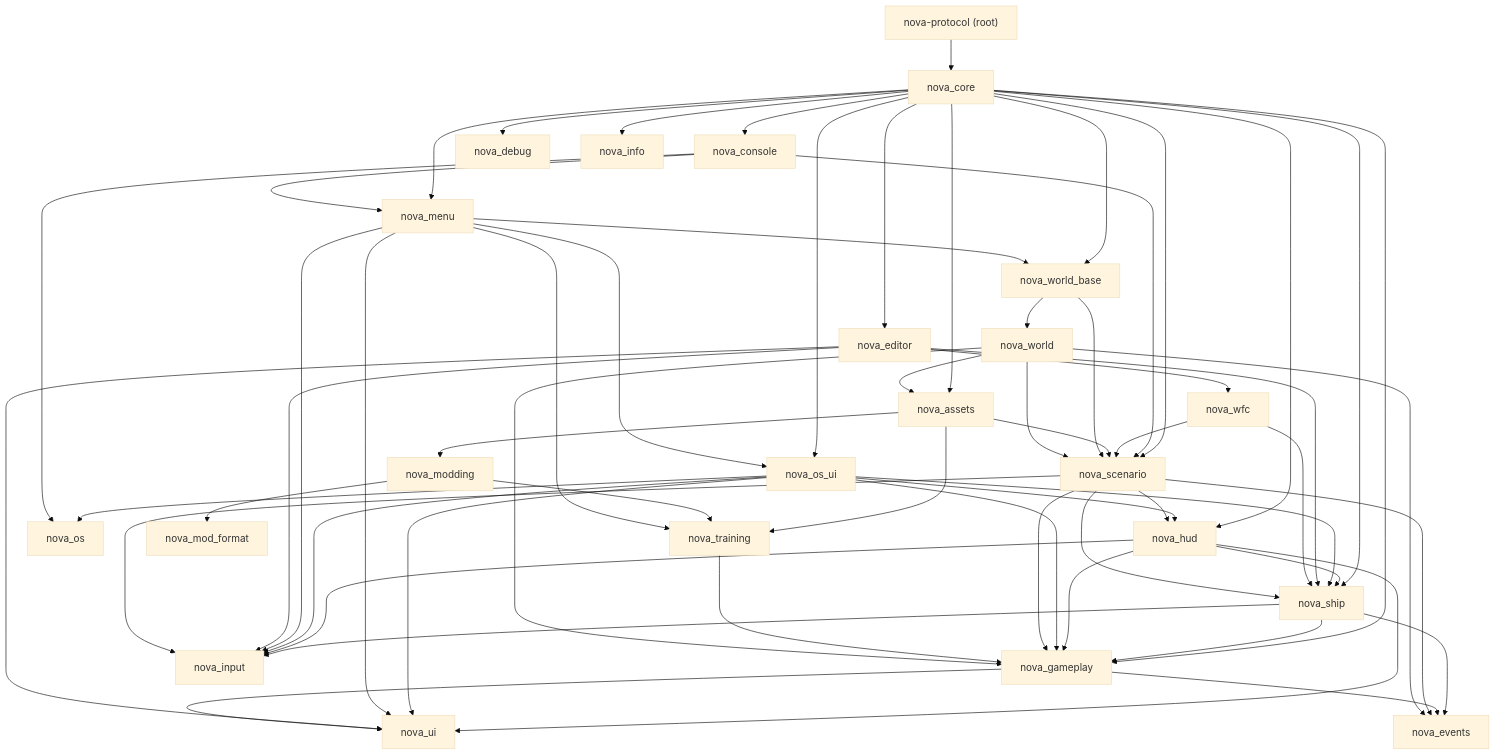
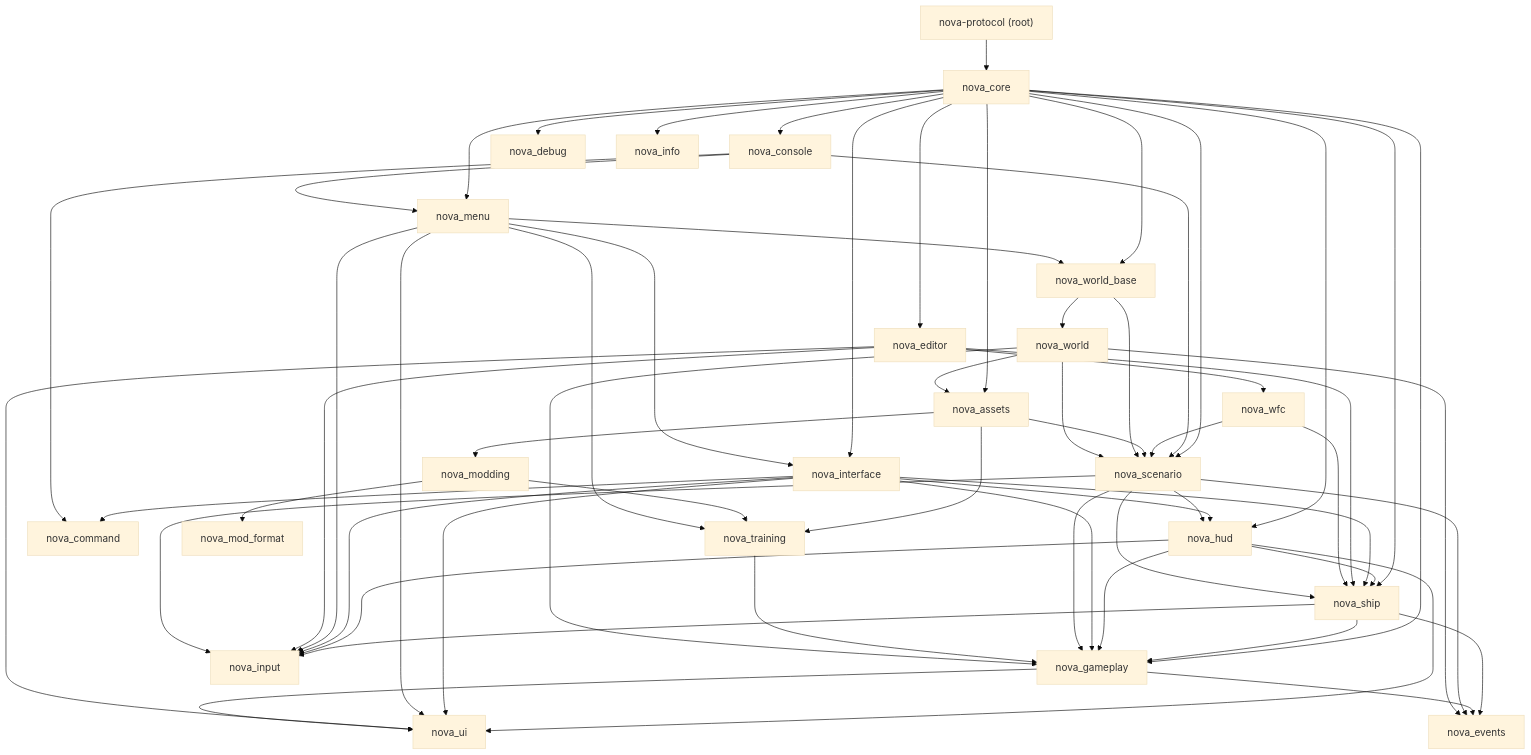
One commit to alexjercan/nova-protocol changed the first of 3 diagrams in docs/architecture.md. Above: the diagram before and after it, drawn with Mermaid (base theme). The commit also changed other lines of this file and 245 other files, not shown here.

First line of the commit message:
Replace TAB NOVA OS with the themed interface and a command-only CRT

````diff
--- a/docs/architecture.md
+++ b/docs/architecture.md
@@ -48,62 +48,62 @@
 ```mermaid
 graph TD
     root["nova-protocol (root)"] --> core["nova_core"]
     core --> menu["nova_menu"]
     core --> editor["nova_editor"]
     core --> gameplay["nova_gameplay"]
     core --> ship["nova_ship"]
     core --> hud["nova_hud"]
-    core --> osui["nova_os_ui"]
+    core --> iface["nova_interface"]
     core --> console["nova_console"]
     core --> scenario["nova_scenario"]
     core --> assets["nova_assets"]
     ship --> gameplay
     ship --> events["nova_events"]
     hud --> ship
     hud --> gameplay
     hud --> ui["nova_ui"]
-    osui --> hud
-    osui --> ship
-    osui --> gameplay
-    osui --> os["nova_os"]
-    osui --> ui
-    menu --> osui
+    iface --> hud
+    iface --> ship
+    iface --> gameplay
+    iface --> cmd["nova_command"]
+    iface --> ui
+    menu --> iface
     console --> menu
-    console --> os
+    console --> cmd
     console --> scenario
     menu --> ui
     editor --> ship
     editor --> ui
     editor --> wfc["nova_wfc"]
     wfc --> ship
     wfc --> scenario
     gameplay --> events
     gameplay --> ui
     ship --> input["nova_input"]
     hud --> input
-    osui --> input
+    iface --> input
     menu --> input
     editor --> input
     scenario --> input
     scenario --> events
     scenario --> gameplay
     scenario --> ship
     scenario --> hud
     assets --> modding["nova_modding"]
     assets --> scenario
     assets --> training["nova_training"]
     modding --> modfmt["nova_mod_format"]
     modding --> training
     menu --> training
     training --> gameplay
     core --> worldbase["nova_world_base"]
     menu --> worldbase
     worldbase --> world["nova_world"]
     worldbase --> scenario
     world --> scenario
     world --> gameplay
     world --> assets
     world --> events
     core --> debug["nova_debug"]
     core --> info["nova_info"]
 ```
````
